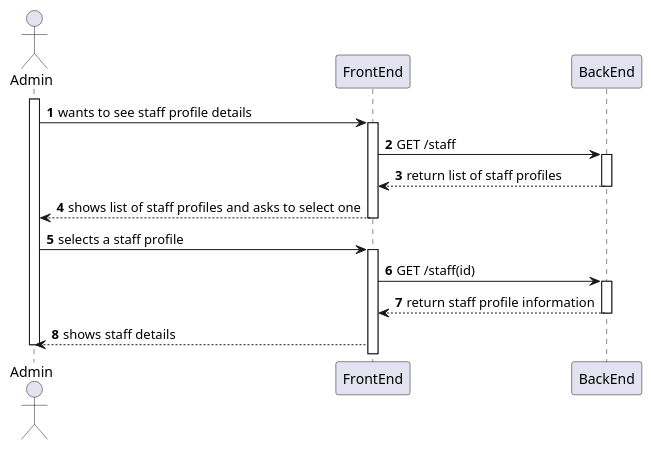
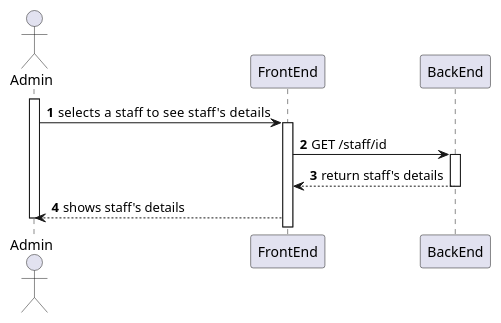
One commit to MiguelCardoso77/SurgicalSync-BackEnd changed the diagram in Wiki/SprintA/diagrams/use-cases/23-see-staff-details/level2/process-view.puml. Above: the diagram before and after it, drawn with PlantUML. The commit also changed 8 other files, not shown here.

```diff
--- a/Wiki/SprintA/diagrams/use-cases/23-see-staff-details/level2/process-view.puml
+++ b/Wiki/SprintA/diagrams/use-cases/23-see-staff-details/level2/process-view.puml
@@ -1,35 +1,24 @@
 @startuml
 autonumber
 
 actor "Admin" as USER
 
 participant "FrontEnd" as FE
 participant "BackEnd" as BE
 
 activate USER
 
-    USER -> FE : wants to see staff profile details
+
+    USER -> FE : selects a staff  to see staff's  details
     activate FE
     
-    FE -> BE : GET /staff
+    FE -> BE  : GET /staff/id
     activate BE
     
-    BE --> FE : return list of staff profiles 
-    deactivate BE
-    
-    FE --> USER : shows list of staff profiles and asks to select one
-    deactivate FE
-
-    USER -> FE : selects a staff profile 
-    activate FE
-    
-    FE -> BE  : GET /staff(id)
-    activate BE
-    
-   BE --> FE : return staff profile information
+   BE --> FE : return staff's details
    deactivate BE
    
-   FE --> USER : shows staff details
+   FE --> USER : shows staff's details
 deactivate USER
 
 @enduml
```
